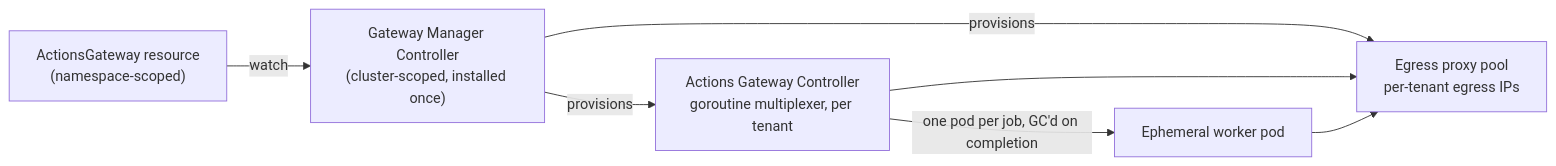
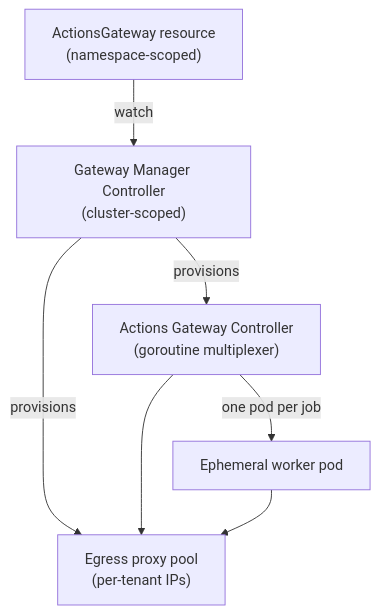
The diagram in docs/index.md (actions-gateway/github-actions-gateway), drawn with Mermaid before and after one commit.

Commit message:
fix(site): revert diagram to top-down for legible text; trim labels (Q129)

````diff
--- a/docs/index.md
+++ b/docs/index.md
@@ -94,9 +94,9 @@
 ```mermaid
-flowchart LR
-  CR["ActionsGateway resource<br/>(namespace-scoped)"] -->|watch| GMC["Gateway Manager Controller<br/>(cluster-scoped, installed once)"]
-  GMC -->|provisions| AGC["Actions Gateway Controller<br/>goroutine multiplexer, per tenant"]
-  GMC -->|provisions| PROXY["Egress proxy pool<br/>per-tenant egress IPs"]
-  AGC -->|one pod per job, GC'd on completion| WORKER["Ephemeral worker pod"]
+flowchart TD
+  CR["ActionsGateway resource<br/>(namespace-scoped)"] -->|watch| GMC["Gateway Manager Controller<br/>(cluster-scoped)"]
+  GMC -->|provisions| AGC["Actions Gateway Controller<br/>(goroutine multiplexer)"]
+  GMC -->|provisions| PROXY["Egress proxy pool<br/>(per-tenant IPs)"]
+  AGC -->|one pod per job| WORKER["Ephemeral worker pod"]
   AGC --> PROXY
   WORKER --> PROXY
 ```
````
